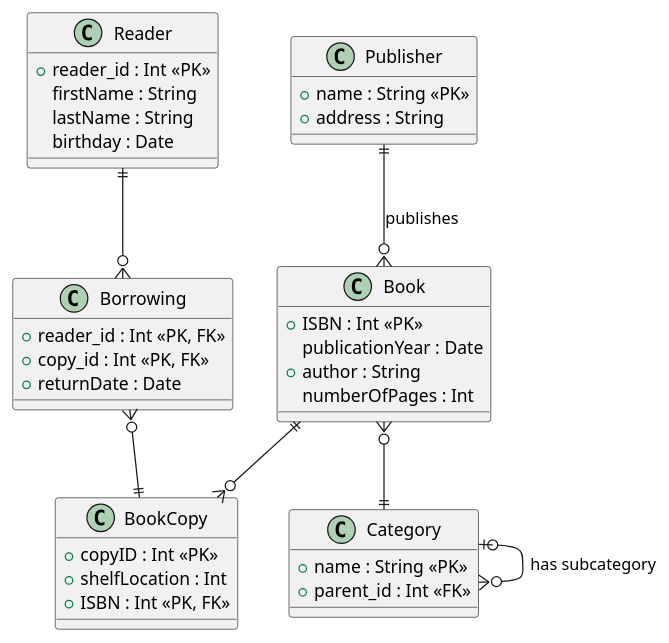
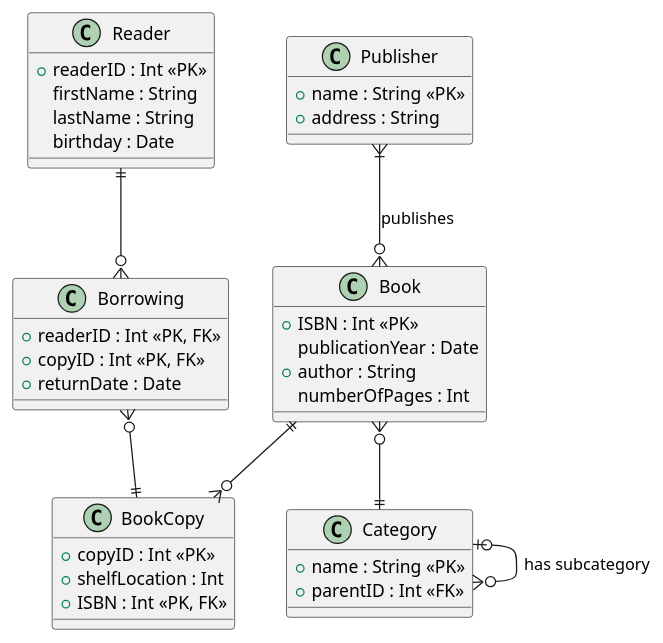
Before and after one commit to ledsna/HSE-BD: the diagram in HW3/Library.plantuml, drawn with PlantUML.

```diff
--- a/HW3/Library.plantuml
+++ b/HW3/Library.plantuml
@@ -1,46 +1,46 @@
 @startuml Library
 
 class "Book" {
     +ISBN : Int <<PK>>
     publicationYear : Date
     +author : String
     numberOfPages : Int
 }
 
 class "BookCopy" {
     +copyID : Int <<PK>>
     +shelfLocation : Int
     +ISBN : Int <<PK, FK>>
 }
 
 class "Reader" {
-    +reader_id : Int <<PK>>
+    +readerID : Int <<PK>>
     firstName : String
     lastName : String
     birthday : Date
 }
 
 class "Publisher" {
     +name : String <<PK>>
     +address : String
 }
 
 class "Borrowing" {
-    +reader_id : Int <<PK, FK>>
-    +copy_id : Int <<PK, FK>>
+    +readerID : Int <<PK, FK>>
+    +copyID : Int <<PK, FK>>
     +returnDate : Date
 }
 
 class "Category" {
     +name : String <<PK>>
-    +parent_id : Int <<FK>>
+    +parentID : Int <<FK>>
 }
 
-Publisher ||--o{ Book : publishes
+Publisher }|--o{ Book : publishes
 Book ||--o{ BookCopy
 Reader ||--o{ Borrowing
 Borrowing }o--|| BookCopy
 Category |o--o{ Category : has subcategory
 Book }o--|| Category
 
 @enduml
```
